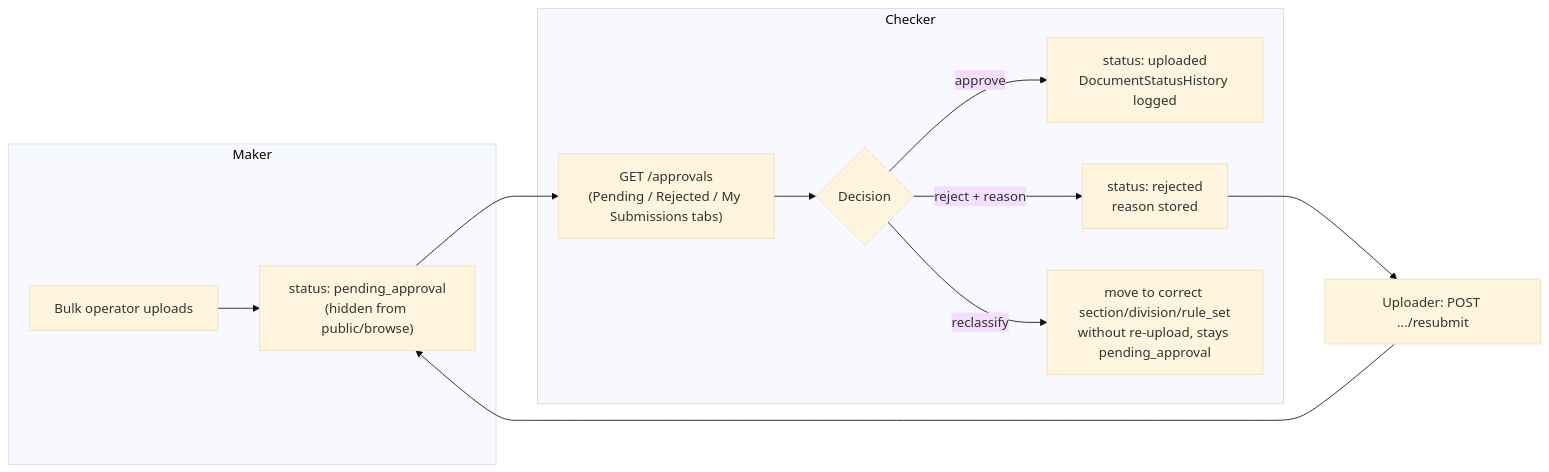
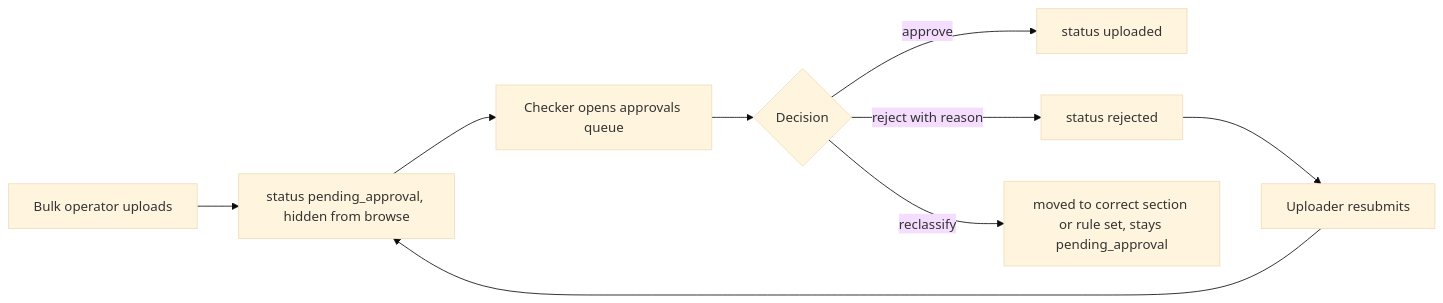
The fourth of 6 diagrams in APP_FLOW.md (SubhanRaj/pdf-markdown-pipeline), drawn with Mermaid (base theme) before and after one commit. The commit also changed other lines of this file, not shown here.

First line of the commit message:
fix(docs): rewrite APP_FLOW.md diagrams to fix mermaid parse errors

````diff
--- a/APP_FLOW.md
+++ b/APP_FLOW.md
@@ -68,14 +98,11 @@
 ```mermaid
 flowchart LR
-    subgraph Maker
-        M1[Bulk operator uploads] --> M2["status: pending_approval\n(hidden from public/browse)"]
-    end
-    subgraph Checker
-        C1["GET /approvals\n(Pending / Rejected / My Submissions tabs)"] --> C2{Decision}
-        C2 -->|approve| C3["status: uploaded\nDocumentStatusHistory logged"]
-        C2 -->|reject + reason| C4["status: rejected\nreason stored"]
-        C2 -->|reclassify| C5["move to correct section/division/rule_set\nwithout re-upload, stays pending_approval"]
-    end
-    M2 --> C1
-    C4 --> R1["Uploader: POST .../resubmit"] --> M2
+    M1[Bulk operator uploads] --> M2[status pending_approval, hidden from browse]
+    M2 --> C1[Checker opens approvals queue]
+    C1 --> C2{Decision}
+    C2 -->|approve| C3[status uploaded]
+    C2 -->|reject with reason| C4[status rejected]
+    C2 -->|reclassify| C5[moved to correct section or rule set, stays pending_approval]
+    C4 --> R1[Uploader resubmits]
+    R1 --> M2
 ```
````
